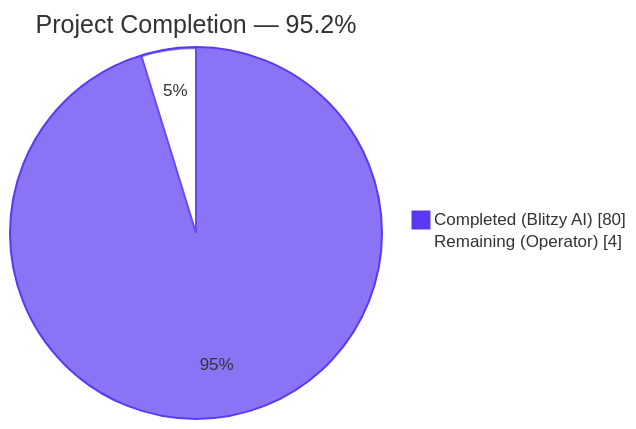
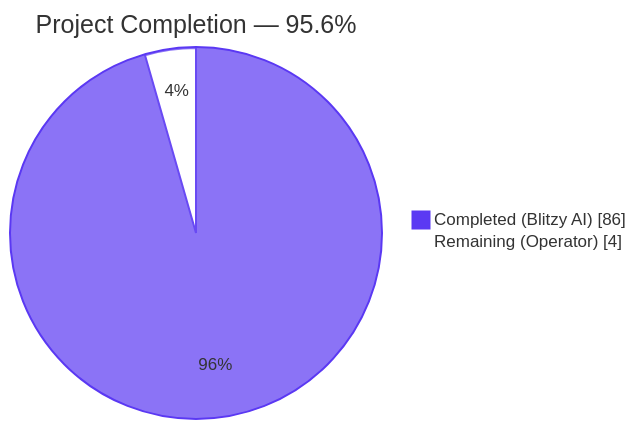
The first of 3 diagrams in blitzy/documentation/Project Guide.md (Blitzy-Sandbox/blitzy-WebVella-ERP), drawn with Mermaid before and after one commit. The commit also changed other lines of this file, not shown here.

Commit message:
Adding Blitzy Project Guide: Project Status and Human Tasks Remaining

````diff
--- a/blitzy/documentation/Project Guide.md
+++ b/blitzy/documentation/Project Guide.md
@@ -18,6 +18,6 @@
 ```mermaid
 %%{init: {'theme':'base', 'themeVariables': {'pie1': '#5B39F3', 'pie2': '#FFFFFF', 'pieStrokeColor': '#5B39F3', 'pieOuterStrokeColor': '#5B39F3', 'pieOuterStrokeWidth': '2px'}}}%%
-pie showData title Project Completion — 95.2%
-    "Completed (Blitzy AI)" : 80
+pie showData title Project Completion — 95.6%
+    "Completed (Blitzy AI)" : 86
     "Remaining (Operator)" : 4
 ```
````
